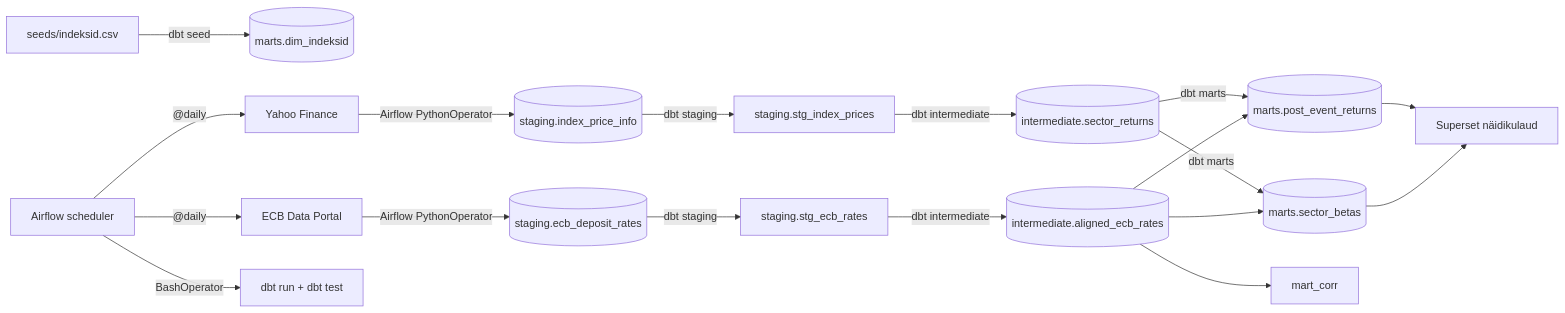
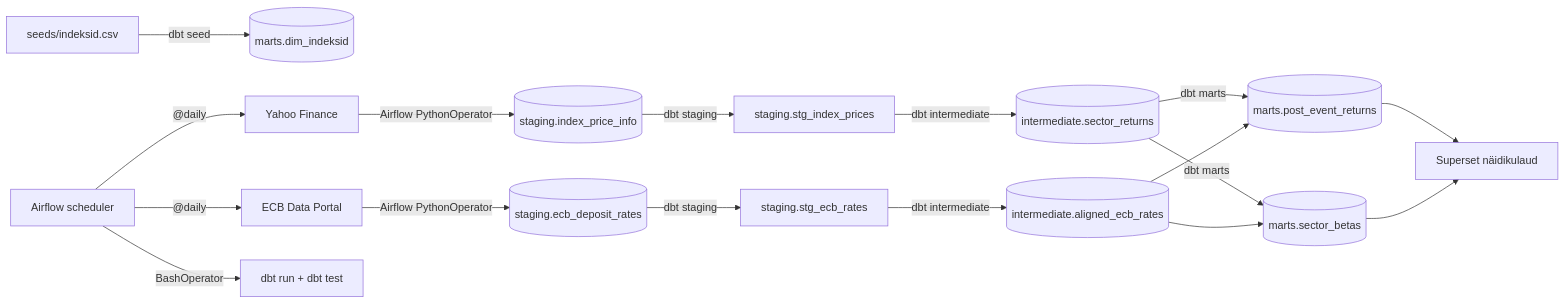
One commit to meierliis-arch/ecb-intressimaarad-ja-sektorite-aktsiatootlus changed the diagram in docs/arhitektuur.md. Above: the diagram before and after it, drawn with Mermaid.

````diff
--- a/docs/arhitektuur.md
+++ b/docs/arhitektuur.md
@@ -24,20 +24,19 @@
 ```mermaid
 flowchart LR
     seeds[seeds/indeksid.csv] -->|dbt seed| dim[(marts.dim_indeksid)]
     yf[Yahoo Finance] -->|Airflow PythonOperator| raw_p[(staging.index_price_info)]
     ecb[ECB Data Portal] -->|Airflow PythonOperator| raw_r[(staging.ecb_deposit_rates)]
     raw_p -->|dbt staging| stg_p[staging.stg_index_prices]
     raw_r -->|dbt staging| stg_r[staging.stg_ecb_rates]
     stg_p -->|dbt intermediate| int_ret[(intermediate.sector_returns)]
     stg_r -->|dbt intermediate| int_al[(intermediate.aligned_ecb_rates)]
     int_ret -->|dbt marts| mart_post30[(marts.post_event_returns)]
     int_ret -->|dbt marts| mart_beta[(marts.sector_betas)]
     int_al --> mart_post30
-    int_al --> mart_corr
     int_al --> mart_beta
     mart_post30 --> superset[Superset näidikulaud]
     mart_beta --> superset
     airflow[Airflow scheduler] -->|"@daily"| yf
     airflow -->|"@daily"| ecb
     airflow -->|BashOperator| dbt[dbt run + dbt test]
 ```
````
